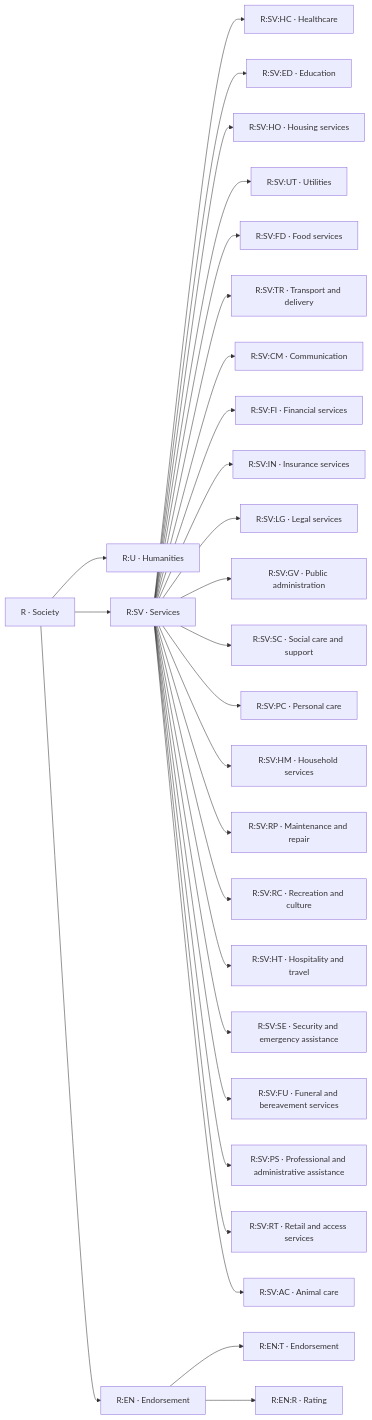
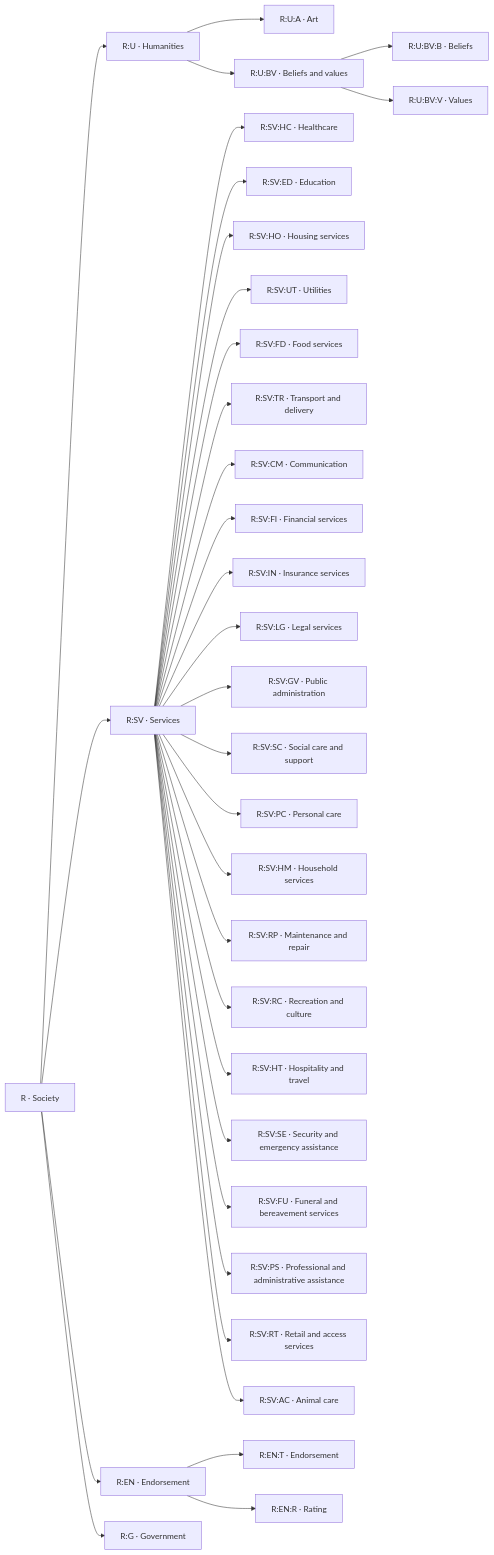
Before and after one commit to VowLabs/Ontology: the sixth of 7 diagrams in docs/taxonomy.md, drawn with Mermaid. The commit also changed other lines of this file and 318 other files, not shown here.

````diff
--- a/docs/taxonomy.md
+++ b/docs/taxonomy.md
@@ -1155,58 +1205,68 @@
 ```mermaid
 flowchart LR
     n_R["R · Society"]
     n_R_U["R:U · Humanities"]
+    n_R_U_A["R:U:A · Art"]
+    n_R_U_BV["R:U:BV · Beliefs and values"]
+    n_R_U_BV_B["R:U:BV:B · Beliefs"]
+    n_R_U_BV_V["R:U:BV:V · Values"]
     n_R_SV["R:SV · Services"]
     n_R_SV_HC["R:SV:HC · Healthcare"]
     n_R_SV_ED["R:SV:ED · Education"]
     n_R_SV_HO["R:SV:HO · Housing services"]
     n_R_SV_UT["R:SV:UT · Utilities"]
     n_R_SV_FD["R:SV:FD · Food services"]
     n_R_SV_TR["R:SV:TR · Transport and delivery"]
     n_R_SV_CM["R:SV:CM · Communication"]
     n_R_SV_FI["R:SV:FI · Financial services"]
     n_R_SV_IN["R:SV:IN · Insurance services"]
     n_R_SV_LG["R:SV:LG · Legal services"]
     n_R_SV_GV["R:SV:GV · Public administration"]
     n_R_SV_SC["R:SV:SC · Social care and support"]
     n_R_SV_PC["R:SV:PC · Personal care"]
     n_R_SV_HM["R:SV:HM · Household services"]
     n_R_SV_RP["R:SV:RP · Maintenance and repair"]
     n_R_SV_RC["R:SV:RC · Recreation and culture"]
     n_R_SV_HT["R:SV:HT · Hospitality and travel"]
     n_R_SV_SE["R:SV:SE · Security and emergency assistance"]
     n_R_SV_FU["R:SV:FU · Funeral and bereavement services"]
     n_R_SV_PS["R:SV:PS · Professional and administrative assistance"]
     n_R_SV_RT["R:SV:RT · Retail and access services"]
     n_R_SV_AC["R:SV:AC · Animal care"]
     n_R_EN["R:EN · Endorsement"]
     n_R_EN_T["R:EN:T · Endorsement"]
     n_R_EN_R["R:EN:R · Rating"]
+    n_R_G["R:G · Government"]
     n_R --> n_R_U
     n_R --> n_R_SV
+    n_R --> n_R_EN
+    n_R --> n_R_G
+    n_R_U --> n_R_U_A
+    n_R_U --> n_R_U_BV
+    n_R_U_BV --> n_R_U_BV_B
+    n_R_U_BV --> n_R_U_BV_V
     n_R_SV --> n_R_SV_HC
     n_R_SV --> n_R_SV_ED
     n_R_SV --> n_R_SV_HO
     n_R_SV --> n_R_SV_UT
     n_R_SV --> n_R_SV_FD
     n_R_SV --> n_R_SV_TR
     n_R_SV --> n_R_SV_CM
     n_R_SV --> n_R_SV_FI
     n_R_SV --> n_R_SV_IN
     n_R_SV --> n_R_SV_LG
     n_R_SV --> n_R_SV_GV
     n_R_SV --> n_R_SV_SC
     n_R_SV --> n_R_SV_PC
     n_R_SV --> n_R_SV_HM
     n_R_SV --> n_R_SV_RP
     n_R_SV --> n_R_SV_RC
     n_R_SV --> n_R_SV_HT
     n_R_SV --> n_R_SV_SE
     n_R_SV --> n_R_SV_FU
     n_R_SV --> n_R_SV_PS
     n_R_SV --> n_R_SV_RT
     n_R_SV --> n_R_SV_AC
-    n_R --> n_R_EN
     n_R_EN --> n_R_EN_T
     n_R_EN --> n_R_EN_R
 ```
````
